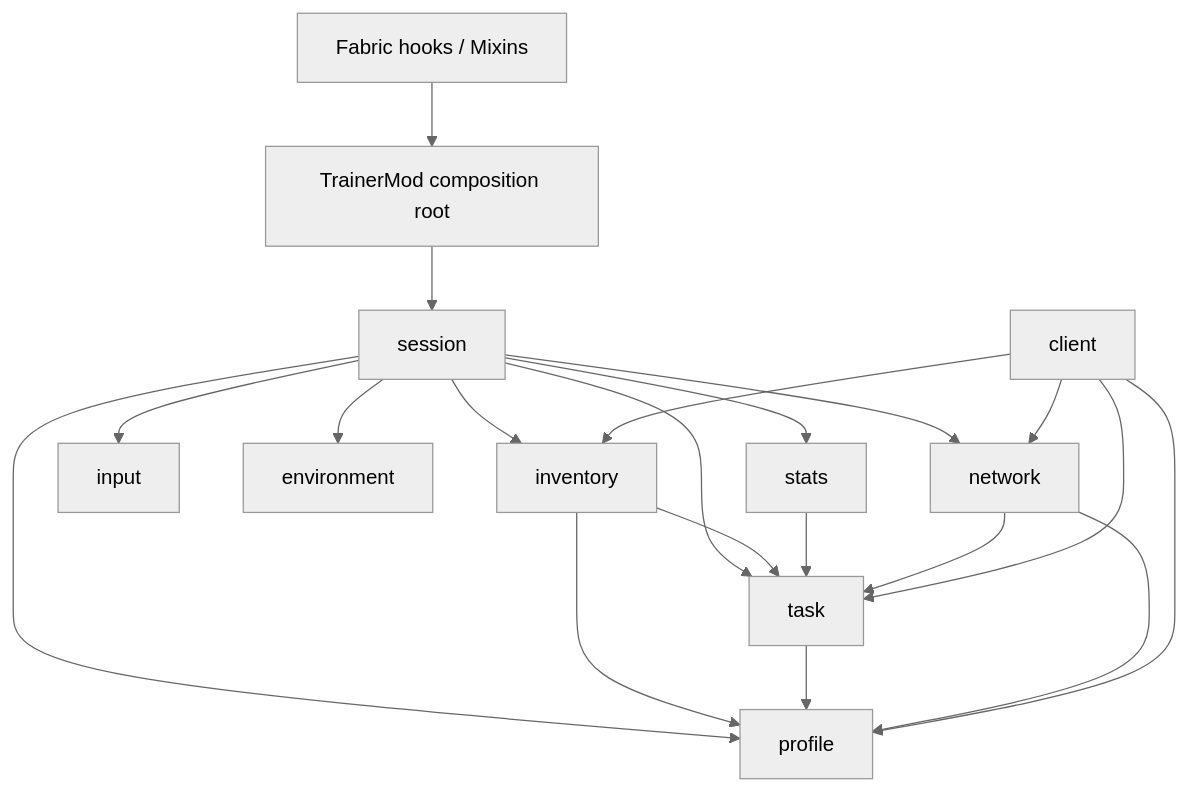
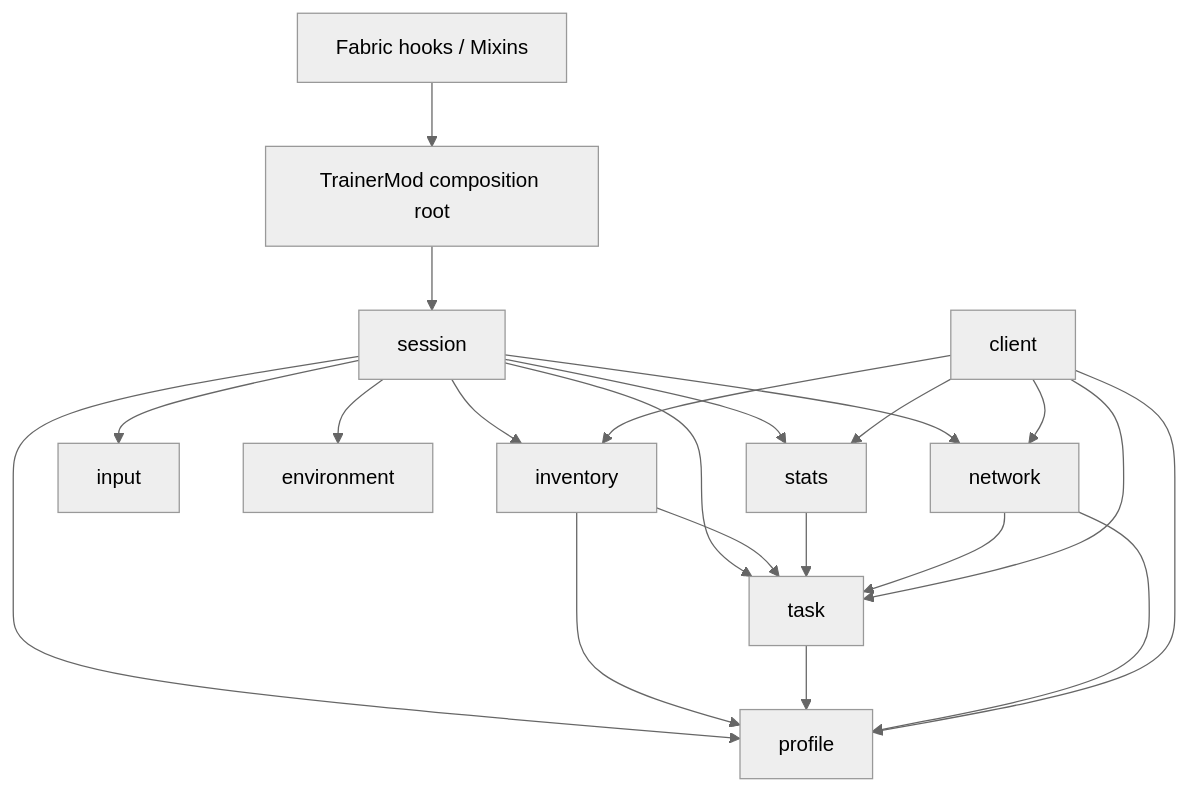
The diagram in docs/architecture.md (giltram/minecraft_swapping_practice), drawn with Mermaid (neutral theme) before and after one commit. The commit also changed other lines of this file and 129 other files, not shown here.

````diff
--- a/docs/architecture.md
+++ b/docs/architecture.md
@@ -49,22 +49,23 @@
 ```mermaid
 flowchart TD
   Hooks[Fabric hooks / Mixins] --> Root[TrainerMod composition root]
   Root --> Sessions[session]
   Sessions --> Profiles[profile]
   Sessions --> Tasks[task]
   Sessions --> Inventory[inventory]
   Sessions --> Input[input]
   Sessions --> Environment[environment]
   Sessions --> Stats[stats]
   Sessions --> Network[network]
   Inventory --> Tasks
   Inventory --> Profiles
   Tasks --> Profiles
   Stats --> Tasks
   Network --> Tasks
   Network --> Profiles
   Client[client] --> Network
   Client --> Inventory
   Client --> Profiles
   Client --> Tasks
+  Client --> Stats
 ```
````
